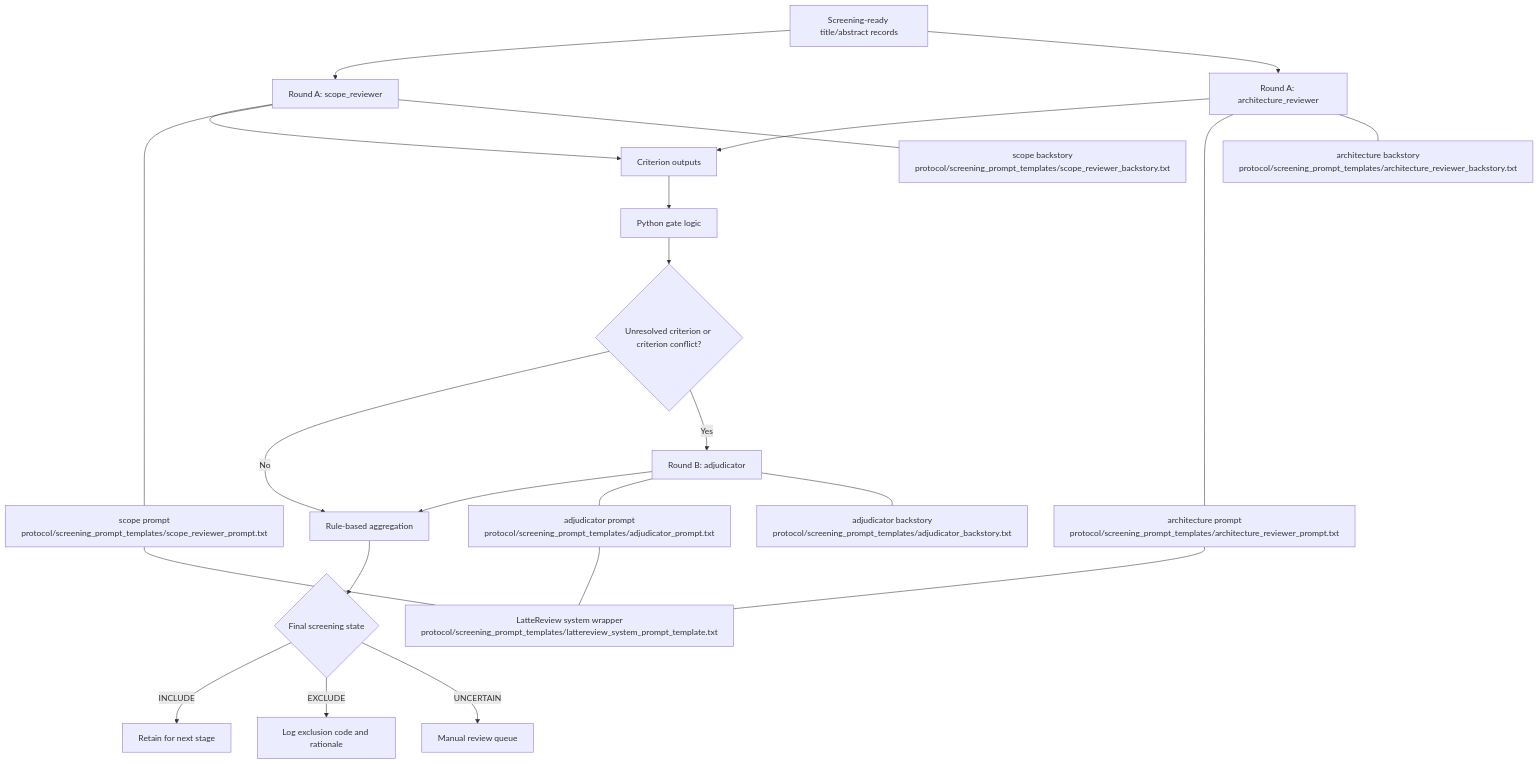
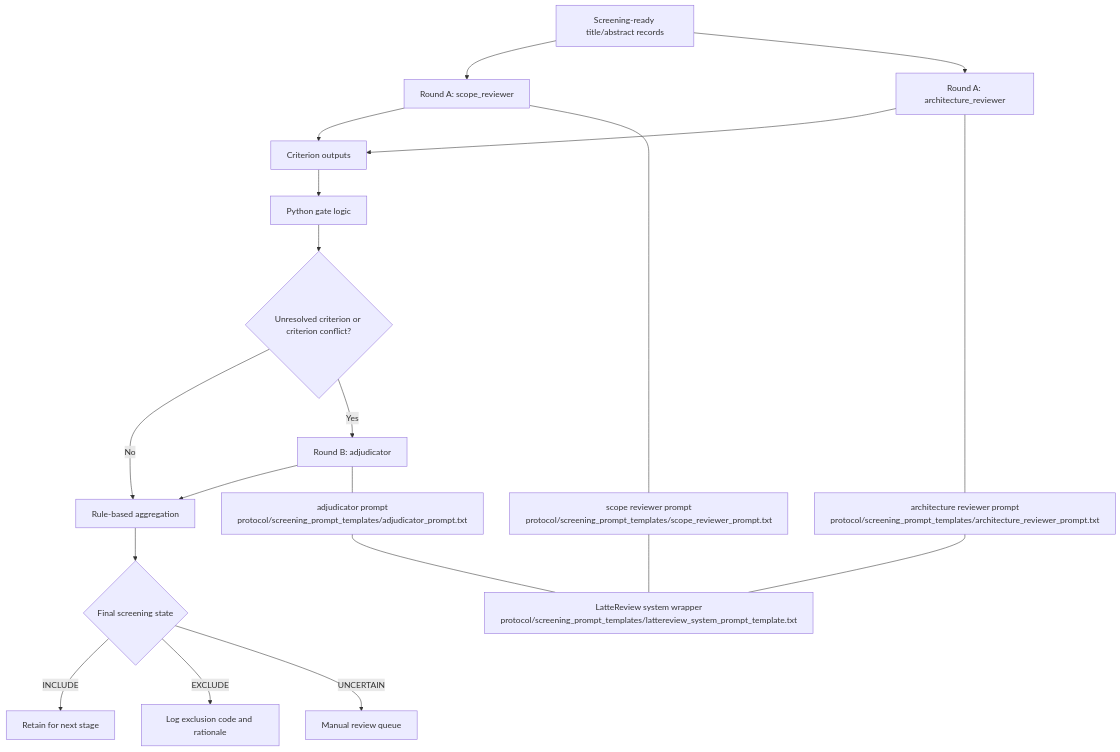
Before and after one commit to BogdanDidenko/text-bio-fundational-models-review: the diagram in README.md, drawn with Mermaid. The commit also changed other lines of this file and 10 other files, not shown here.

Commit message:
Inline reviewer roles into prompt templates

````diff
--- a/README.md
+++ b/README.md
@@ -82,26 +82,23 @@
 ```mermaid
 flowchart TD
     A["Screening-ready title/abstract records"] --> B["Round A: scope_reviewer"]
     A --> C["Round A: architecture_reviewer"]
     B --> D["Criterion outputs"]
     C --> D
     D --> E["Python gate logic"]
     E --> F{"Unresolved criterion or criterion conflict?"}
     F -- "No" --> G["Rule-based aggregation"]
     F -- "Yes" --> H["Round B: adjudicator"]
     H --> G
     G --> I{"Final screening state"}
     I -- "INCLUDE" --> J["Retain for next stage"]
     I -- "EXCLUDE" --> K["Log exclusion code and rationale"]
     I -- "UNCERTAIN" --> L["Manual review queue"]
 
-    B --- Bp["scope prompt\nprotocol/screening_prompt_templates/scope_reviewer_prompt.txt"]
-    B --- Bb["scope backstory\nprotocol/screening_prompt_templates/scope_reviewer_backstory.txt"]
-    C --- Cp["architecture prompt\nprotocol/screening_prompt_templates/architecture_reviewer_prompt.txt"]
-    C --- Cb["architecture backstory\nprotocol/screening_prompt_templates/architecture_reviewer_backstory.txt"]
+    B --- Bp["scope reviewer prompt\nprotocol/screening_prompt_templates/scope_reviewer_prompt.txt"]
+    C --- Cp["architecture reviewer prompt\nprotocol/screening_prompt_templates/architecture_reviewer_prompt.txt"]
     H --- Hp["adjudicator prompt\nprotocol/screening_prompt_templates/adjudicator_prompt.txt"]
-    H --- Hb["adjudicator backstory\nprotocol/screening_prompt_templates/adjudicator_backstory.txt"]
     Bp --- Sp["LatteReview system wrapper\nprotocol/screening_prompt_templates/lattereview_system_prompt_template.txt"]
     Cp --- Sp
     Hp --- Sp
 ```
````
